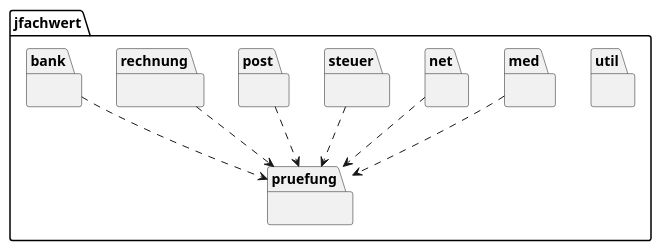
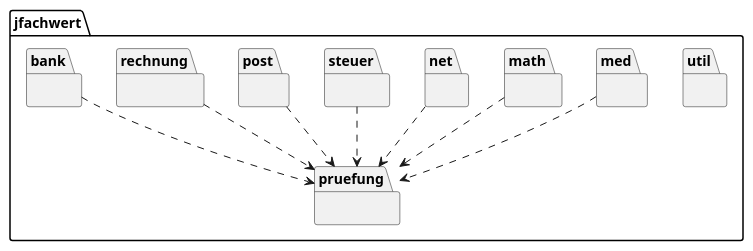
One commit to oboehm/jfachwert changed the diagram in src/main/asciidoc/images/packages.puml. Above: the diagram before and after it, drawn with PlantUML. The commit also changed 3 other files, not shown here.

```diff
--- a/src/main/asciidoc/images/packages.puml
+++ b/src/main/asciidoc/images/packages.puml
@@ -1,38 +1,42 @@
 @startuml
 
 package "jfachwert" {
 
     package "util" {
     }
 
     package "med" {
+    }
+
+    package "math" {
     }
 
     package "net" {
     }
 
     package "steuer" {
     }
 
     package "post" {
     }
 
     package "rechnung" {
     }
 
     package "bank" {
     }
 
     package "pruefung" {
     }
 
     bank ..> pruefung
     steuer ..> pruefung
     post ..> pruefung
     rechnung ..> pruefung
     net ..> pruefung
     med ..> pruefung
+    math ..> pruefung
 
 }
 
 @enduml
```
